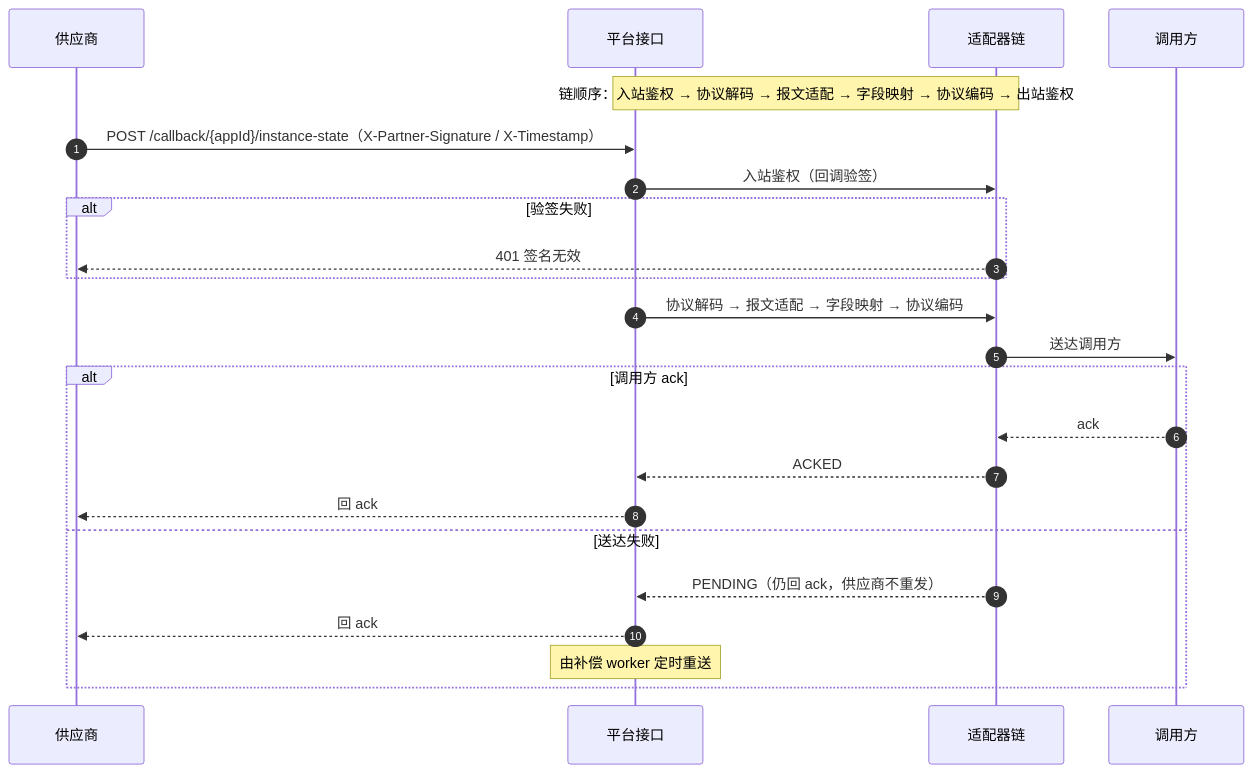
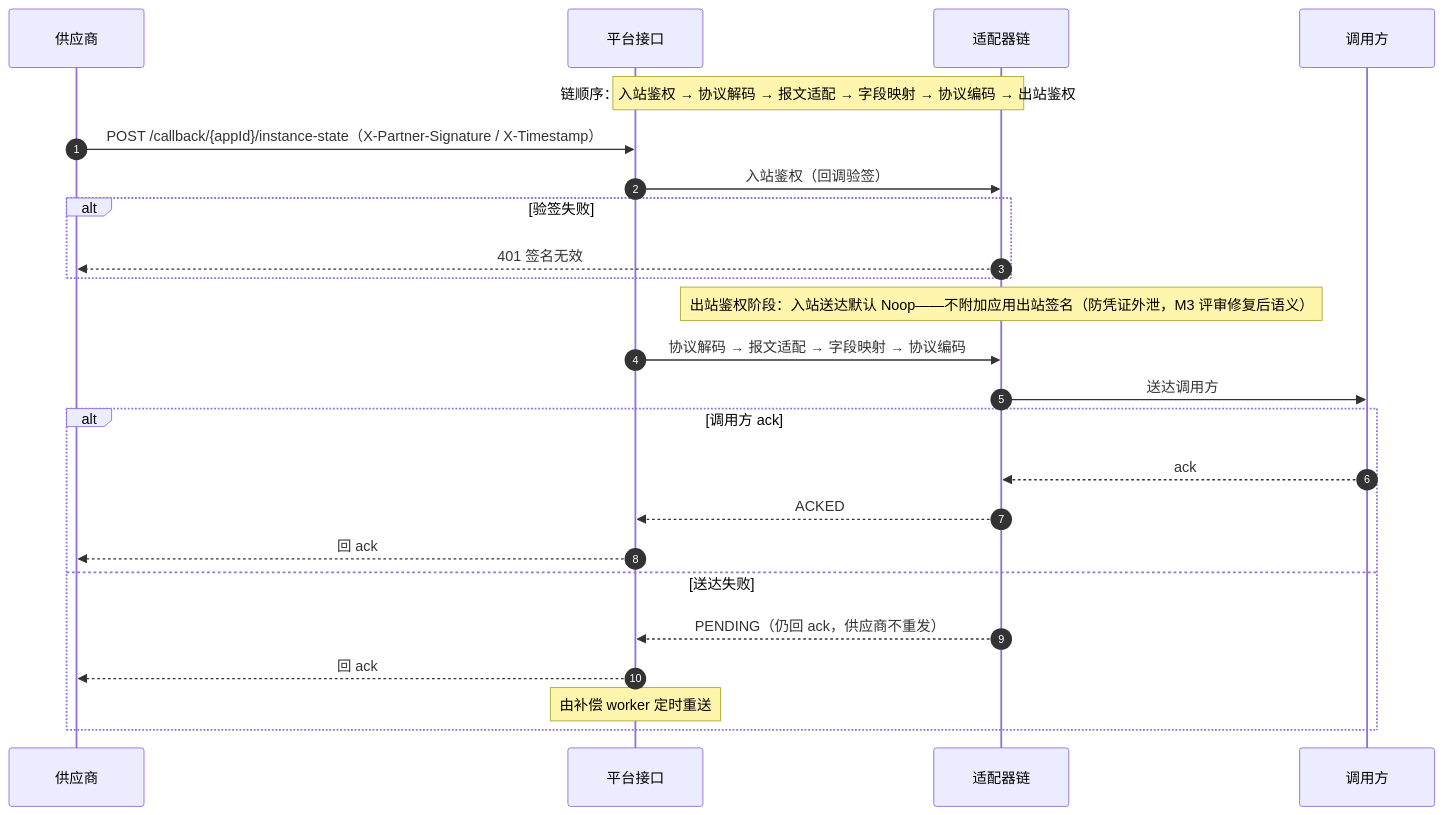
One commit to HelloWorldKing1/apicenter changed the third of 4 diagrams in src/main/resources/doc/API中心时序图与流程图.md. Above: the diagram before and after it, drawn with Mermaid. The commit also changed other lines of this file and 1 other file, not shown here.

First line of the commit message:
docs(design): 设计方案与时序图按 M1-M5 实现校准

````diff
--- a/src/main/resources/doc/API中心时序图与流程图.md
+++ b/src/main/resources/doc/API中心时序图与流程图.md
@@ -65,26 +68,27 @@
 ```mermaid
 sequenceDiagram
     autonumber
     participant SP as 供应商
     participant GW as 平台接口
     participant 链 as 适配器链
     participant 调用方 as 调用方
 
     Note over GW,链: 链顺序：入站鉴权 → 协议解码 → 报文适配 → 字段映射 → 协议编码 → 出站鉴权
     SP->>GW: POST /callback/{appId}/instance-state（X-Partner-Signature / X-Timestamp）
     GW->>链: 入站鉴权（回调验签）
     alt 验签失败
         链-->>SP: 401 签名无效
     end
+    Note over 链: 出站鉴权阶段：入站送达默认 Noop——不附加应用出站签名（防凭证外泄，M3 评审修复后语义）
     GW->>链: 协议解码 → 报文适配 → 字段映射 → 协议编码
     链->>调用方: 送达调用方
     alt 调用方 ack
         调用方-->>链: ack
         链-->>GW: ACKED
         GW-->>SP: 回 ack
     else 送达失败
         链-->>GW: PENDING（仍回 ack，供应商不重发）
         GW-->>SP: 回 ack
         Note over GW: 由补偿 worker 定时重送
     end
 ```
````
